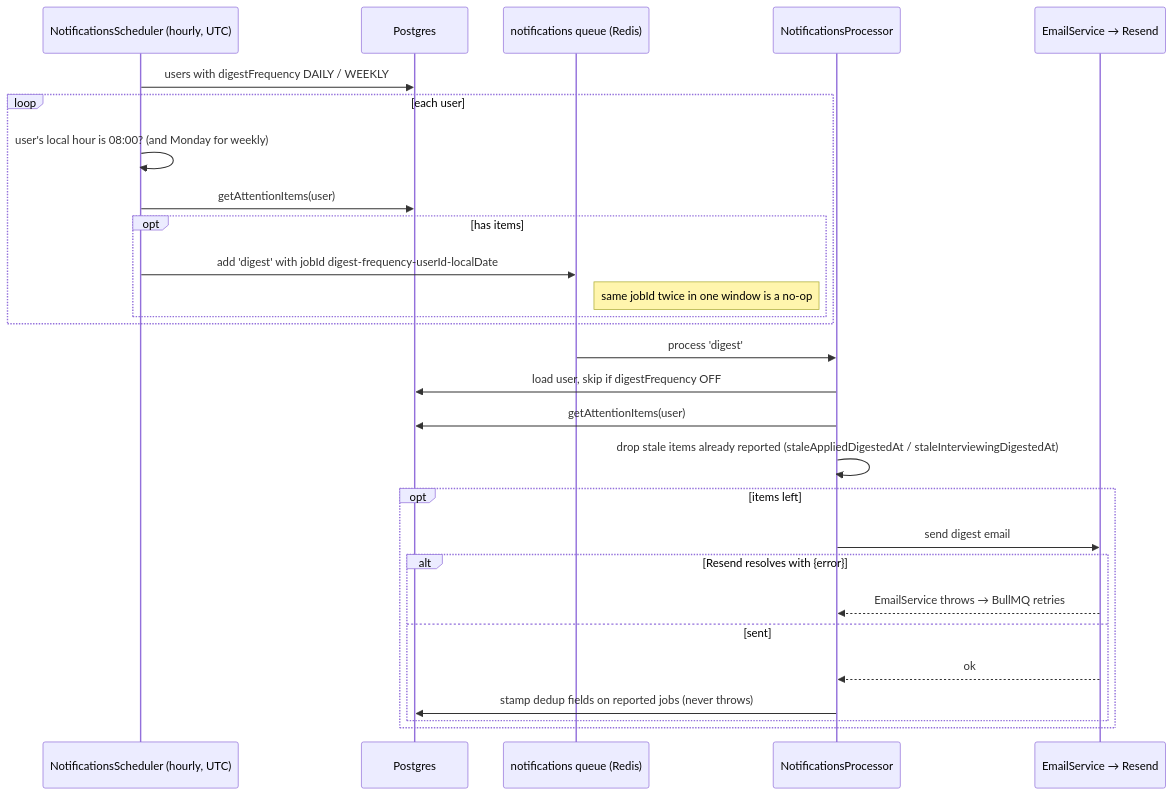
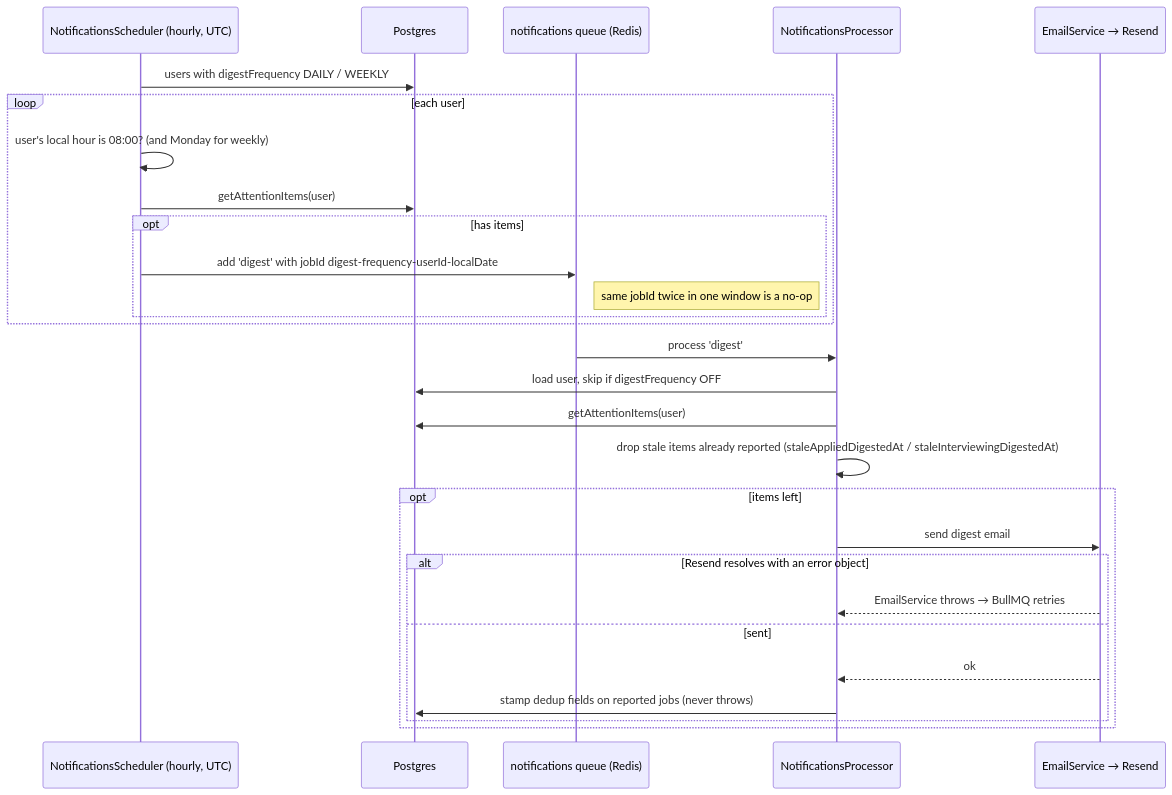
The fourth of 4 diagrams in docs/uml.md (muhammadasif2017/job-tracker), drawn with Mermaid before and after one commit. The commit also changed other lines of this file, not shown here.

Commit message:
Avoid braces in UML diagram labels

````diff
--- a/docs/uml.md
+++ b/docs/uml.md
@@ -132,32 +132,32 @@
 ```mermaid
 sequenceDiagram
     participant CR as NotificationsScheduler (hourly, UTC)
     participant DB as Postgres
     participant Q as notifications queue (Redis)
     participant W as NotificationsProcessor
     participant E as EmailService → Resend
 
     CR->>DB: users with digestFrequency DAILY / WEEKLY
     loop each user
         CR->>CR: user's local hour is 08:00? (and Monday for weekly)
         CR->>DB: getAttentionItems(user)
         opt has items
             CR->>Q: add 'digest' with jobId digest-frequency-userId-localDate
             Note right of Q: same jobId twice in one window is a no-op
         end
     end
 
     Q->>W: process 'digest'
     W->>DB: load user, skip if digestFrequency OFF
     W->>DB: getAttentionItems(user)
     W->>W: drop stale items already reported (staleAppliedDigestedAt / staleInterviewingDigestedAt)
     opt items left
         W->>E: send digest email
-        alt Resend resolves with {error}
+        alt Resend resolves with an error object
             E-->>W: EmailService throws → BullMQ retries
         else sent
             E-->>W: ok
             W->>DB: stamp dedup fields on reported jobs (never throws)
         end
     end
 ```
````
